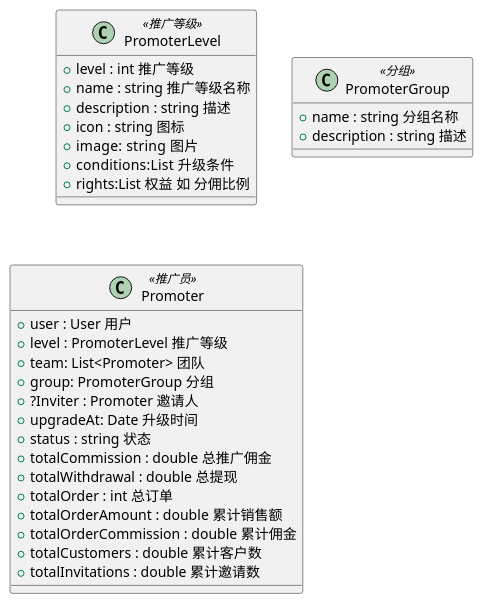
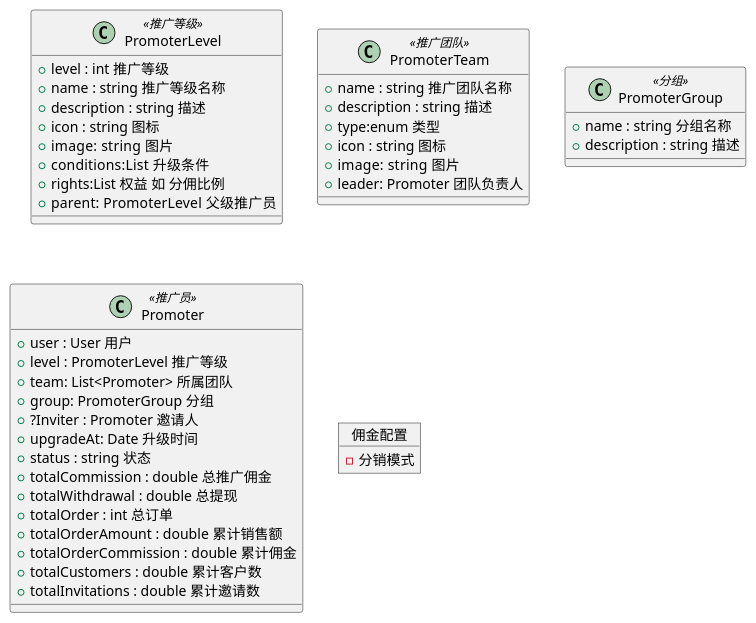
The diagram in docs/distribution/distribution.puml (red-jasmine/framework), drawn with PlantUML before and after one commit. The commit also changed 2 other files, not shown here.

```diff
--- a/docs/distribution/distribution.puml
+++ b/docs/distribution/distribution.puml
@@ -1,36 +1,55 @@
 @startuml
 'https://plantuml.com/class-diagram
 
 
 class PromoterLevel<<推广等级>> {
 +level : int 推广等级
 +name : string 推广等级名称
 +description : string 描述
 +icon : string 图标
 +image:  string 图片
 +conditions:List  升级条件
 +rights:List 权益 如 分佣比例
++parent:  PromoterLevel 父级推广员
 }
+class PromoterTeam<<推广团队>>{
++name : string 推广团队名称
++description : string 描述
++type:enum 类型
++icon : string 图标
++image:  string 图片
++leader: Promoter 团队负责人
+}
+
 class PromoterGroup<<分组>>{
 +name : string 分组名称
 + description : string 描述
 }
 
 class Promoter<<推广员>> {
 + user : User 用户
 + level : PromoterLevel 推广等级
-+ team: List<Promoter> 团队
++ team: List<Promoter> 所属团队
 + group: PromoterGroup 分组
 + ?Inviter : Promoter 邀请人
 + upgradeAt: Date 升级时间
 + status : string 状态
 + totalCommission : double 总推广佣金
 + totalWithdrawal : double 总提现
 + totalOrder : int 总订单
 + totalOrderAmount : double 累计销售额
 + totalOrderCommission : double 累计佣金
 + totalCustomers : double 累计客户数
 + totalInvitations : double 累计邀请数
 }
 
+
+
+object 佣金配置{
+
+- 分销模式
+
+
+}
+
 @enduml
```
